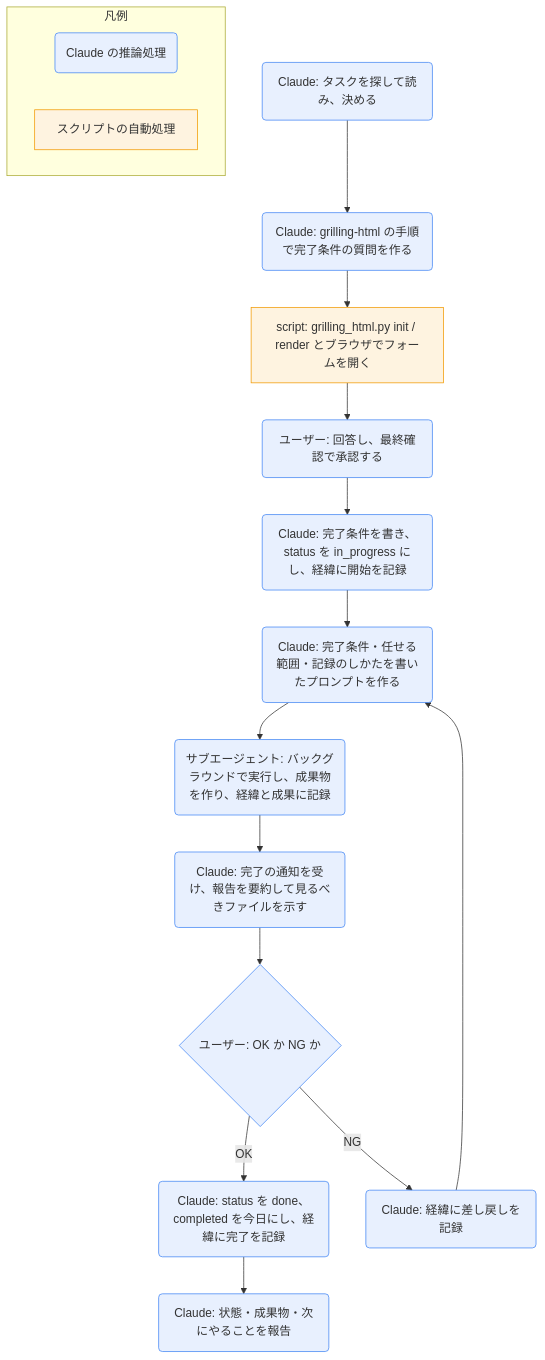
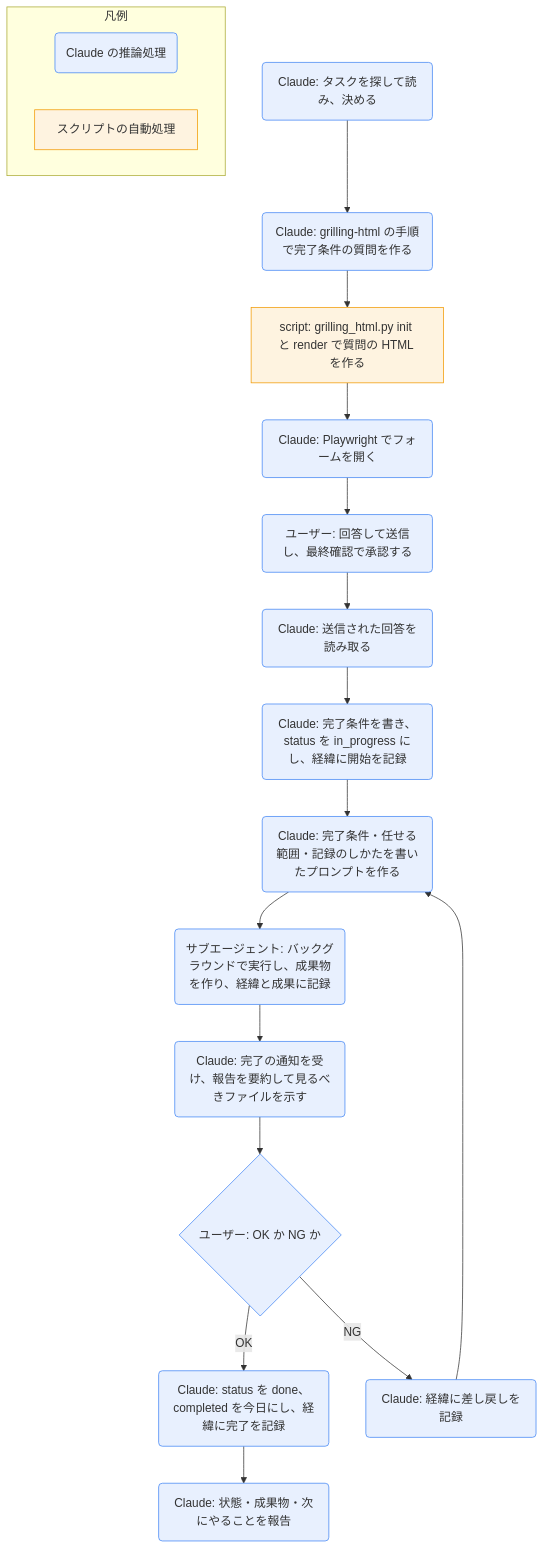
One commit to asama0101/obsidian-claude changed the diagram in 90_system/skill-docs/task-run.md. Above: the diagram before and after it, drawn with Mermaid. The commit also changed other lines of this file and 63 other files, not shown here.

````diff
--- a/90_system/skill-docs/task-run.md
+++ b/90_system/skill-docs/task-run.md
@@ -38,23 +38,25 @@
 ```mermaid
 flowchart TD
   A(Claude: タスクを探して読み、決める) --> B(Claude: grilling-html の手順で完了条件の質問を作る)
-  B --> S1[script: grilling_html.py init / render とブラウザでフォームを開く]
-  S1 --> U1(ユーザー: 回答し、最終確認で承認する)
-  U1 --> C(Claude: 完了条件を書き、status を in_progress にし、経緯に開始を記録)
+  B --> S1[script: grilling_html.py init と render で質問の HTML を作る]
+  S1 --> B2(Claude: Playwright でフォームを開く)
+  B2 --> U1(ユーザー: 回答して送信し、最終確認で承認する)
+  U1 --> R(Claude: 送信された回答を読み取る)
+  R --> C(Claude: 完了条件を書き、status を in_progress にし、経緯に開始を記録)
   C --> D(Claude: 完了条件・任せる範囲・記録のしかたを書いたプロンプトを作る)
   D --> E(サブエージェント: バックグラウンドで実行し、成果物を作り、経緯と成果に記録)
   E --> F(Claude: 完了の通知を受け、報告を要約して見るべきファイルを示す)
   F --> G{ユーザー: OK か NG か}
   G -- OK --> H(Claude: status を done、completed を今日にし、経緯に完了を記録)
   G -- NG --> I(Claude: 経緯に差し戻しを記録)
   I --> D
   H --> J(Claude: 状態・成果物・次にやることを報告)
   classDef ai fill:#e8f0fe,stroke:#4285f4
   classDef sc fill:#fef3e0,stroke:#f29900
-  class A,B,C,D,E,F,G,H,I,J,U1 ai
+  class A,B,B2,R,C,D,E,F,G,H,I,J,U1 ai
   class S1 sc
   subgraph 凡例
     L1(Claude の推論処理):::ai
     L2[スクリプトの自動処理]:::sc
   end
 ```
````
